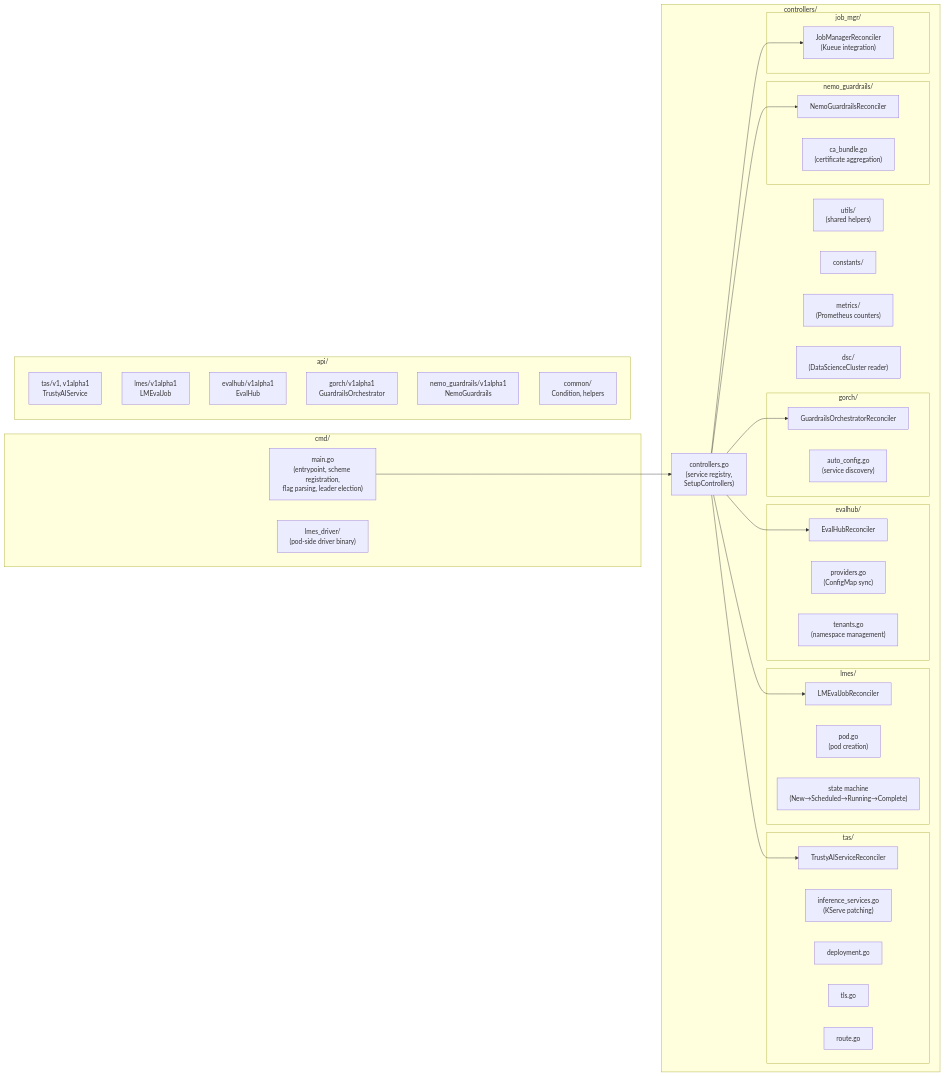
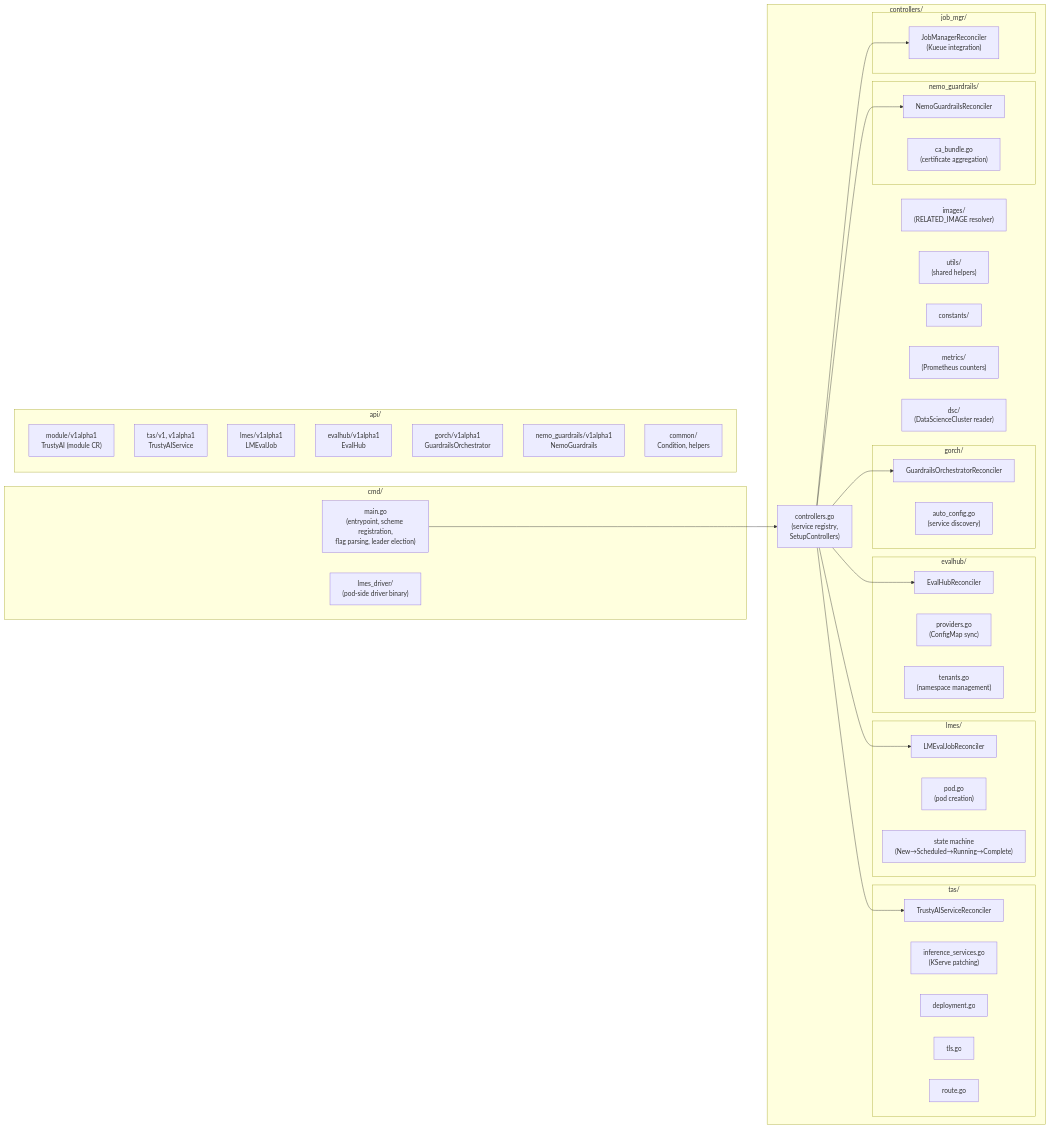
Before and after one commit to trustyai-explainability/trustyai-service-operator: the third of 9 diagrams in ARCHITECTURE.md, drawn with Mermaid. The commit also changed other lines of this file and 14 other files, not shown here.

First line of the commit message:
feat(modular): add RELATED_IMAGE env var support and module CR CRD

````diff
--- a/ARCHITECTURE.md
+++ b/ARCHITECTURE.md
@@ -94,67 +100,69 @@
 ```mermaid
 flowchart LR
     subgraph cmd["cmd/"]
         main["main.go\n(entrypoint, scheme registration,\nflag parsing, leader election)"]
         driver["lmes_driver/\n(pod-side driver binary)"]
     end
 
     subgraph controllers["controllers/"]
         registry["controllers.go\n(service registry,\nSetupControllers)"]
 
         subgraph tas_ctrl["tas/"]
             tas_rec["TrustyAIServiceReconciler"]
             tas_isvc["inference_services.go\n(KServe patching)"]
             tas_deploy["deployment.go"]
             tas_tls["tls.go"]
             tas_route["route.go"]
         end
 
         subgraph lmes_ctrl["lmes/"]
             lmes_rec["LMEvalJobReconciler"]
             lmes_pod["pod.go\n(pod creation)"]
             lmes_state["state machine\n(New→Scheduled→Running→Complete)"]
         end
 
         subgraph evalhub_ctrl["evalhub/"]
             evalhub_rec["EvalHubReconciler"]
             evalhub_providers["providers.go\n(ConfigMap sync)"]
             evalhub_tenants["tenants.go\n(namespace management)"]
         end
 
         subgraph gorch_ctrl["gorch/"]
             gorch_rec["GuardrailsOrchestratorReconciler"]
             gorch_autoconfig["auto_config.go\n(service discovery)"]
         end
 
         subgraph nemo_ctrl["nemo_guardrails/"]
             nemo_rec["NemoGuardrailsReconciler"]
             nemo_ca["ca_bundle.go\n(certificate aggregation)"]
         end
 
         subgraph job_mgr_ctrl["job_mgr/"]
             job_mgr_rec["JobManagerReconciler\n(Kueue integration)"]
         end
 
+        images_pkg["images/\n(RELATED_IMAGE resolver)"]
         utils["utils/\n(shared helpers)"]
         constants["constants/"]
         metrics["metrics/\n(Prometheus counters)"]
         dsc_pkg["dsc/\n(DataScienceCluster reader)"]
     end
 
     subgraph api["api/"]
+        module_types["module/v1alpha1\nTrustyAI (module CR)"]
         tas_types["tas/v1, v1alpha1\nTrustyAIService"]
         lmes_types["lmes/v1alpha1\nLMEvalJob"]
         evalhub_types["evalhub/v1alpha1\nEvalHub"]
         gorch_types["gorch/v1alpha1\nGuardrailsOrchestrator"]
         nemo_types["nemo_guardrails/v1alpha1\nNemoGuardrails"]
         common["common/\nCondition, helpers"]
     end
 
     main --> registry
     registry --> tas_rec
     registry --> lmes_rec
     registry --> evalhub_rec
     registry --> gorch_rec
     registry --> nemo_rec
     registry --> job_mgr_rec
 ```
````
